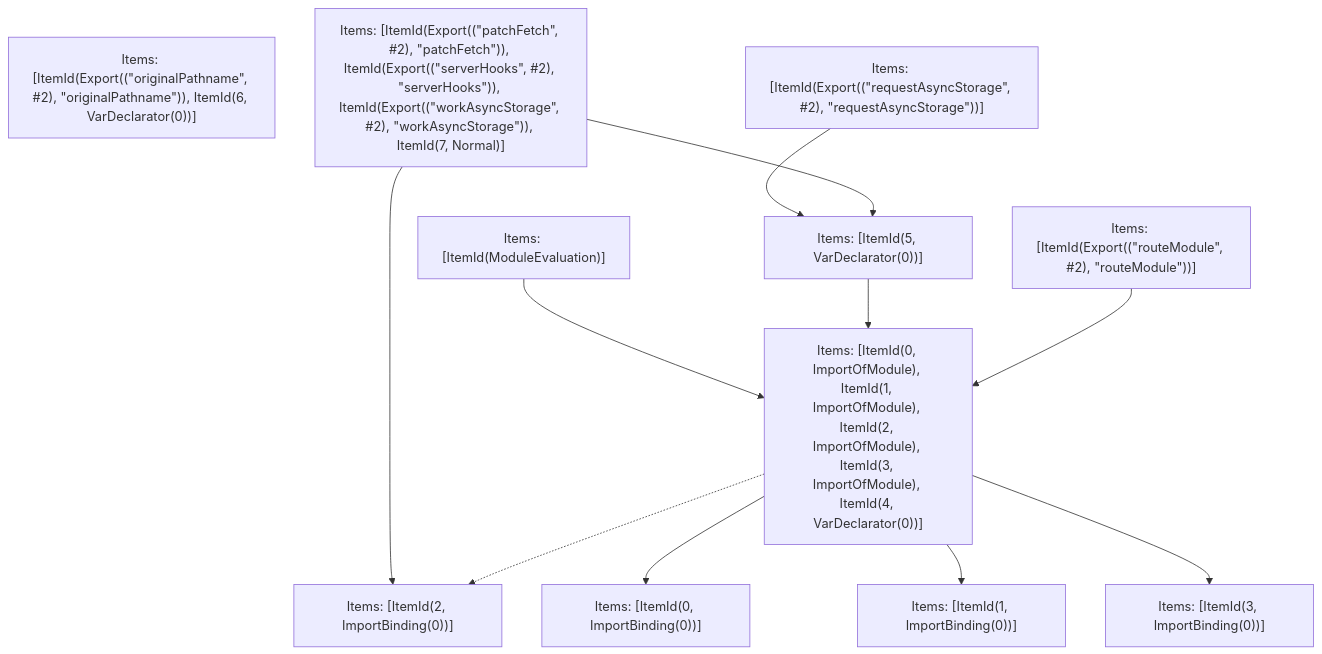
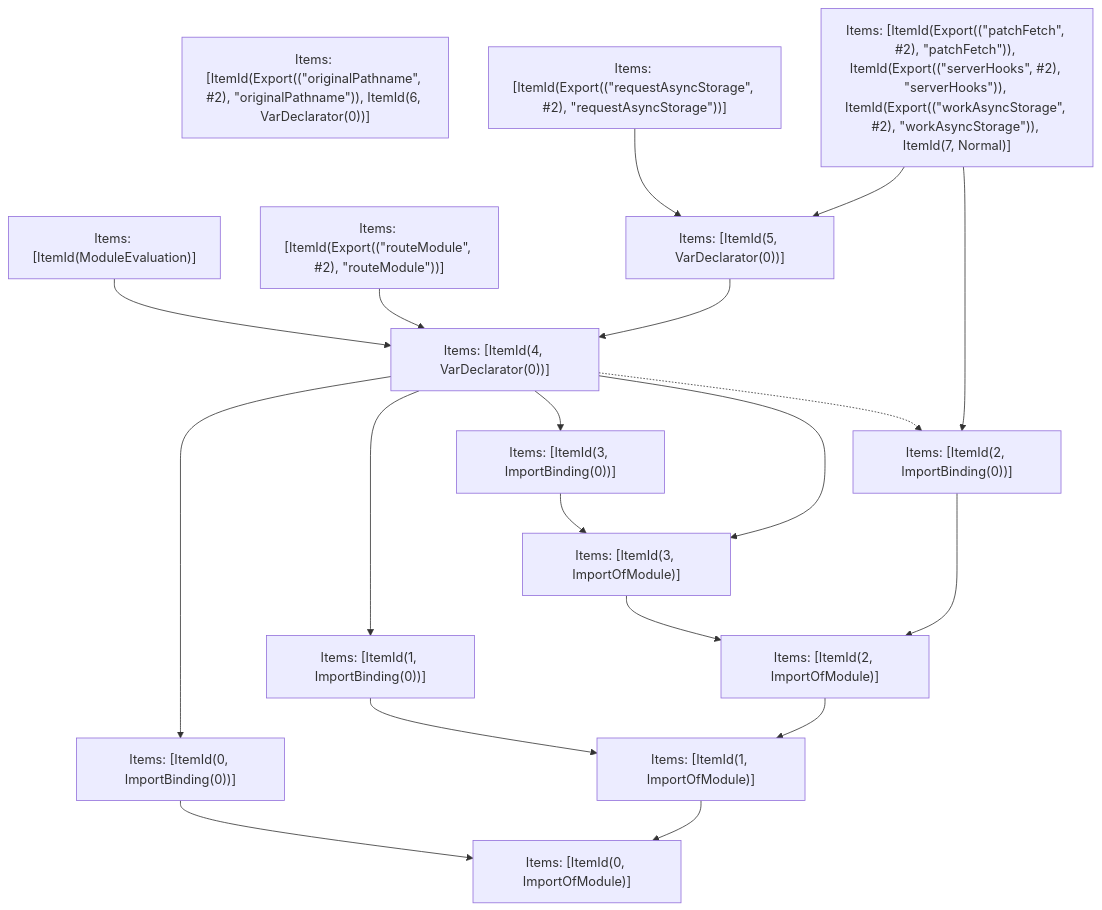
The fifth of 5 diagrams in turbopack/crates/turbopack-ecmascript/tests/tree-shaker/analyzer/app-route/output.md (Dreitt/nextt), drawn with Mermaid before and after one commit. The commit also changed other lines of this file and 19 other files, not shown here.

````diff
--- a/turbopack/crates/turbopack-ecmascript/tests/tree-shaker/analyzer/app-route/output.md
+++ b/turbopack/crates/turbopack-ecmascript/tests/tree-shaker/analyzer/app-route/output.md
@@ -325,24 +325,36 @@
 ```mermaid
 graph TD
     N0["Items: [ItemId(ModuleEvaluation)]"];
     N1["Items: [ItemId(Export((&quot;originalPathname&quot;, #2), &quot;originalPathname&quot;)), ItemId(6, VarDeclarator(0))]"];
     N2["Items: [ItemId(Export((&quot;patchFetch&quot;, #2), &quot;patchFetch&quot;)), ItemId(Export((&quot;serverHooks&quot;, #2), &quot;serverHooks&quot;)), ItemId(Export((&quot;workAsyncStorage&quot;, #2), &quot;workAsyncStorage&quot;)), ItemId(7, Normal)]"];
     N3["Items: [ItemId(Export((&quot;requestAsyncStorage&quot;, #2), &quot;requestAsyncStorage&quot;))]"];
     N4["Items: [ItemId(Export((&quot;routeModule&quot;, #2), &quot;routeModule&quot;))]"];
-    N5["Items: [ItemId(0, ImportOfModule), ItemId(1, ImportOfModule), ItemId(2, ImportOfModule), ItemId(3, ImportOfModule), ItemId(4, VarDeclarator(0))]"];
+    N5["Items: [ItemId(0, ImportOfModule)]"];
     N6["Items: [ItemId(0, ImportBinding(0))]"];
-    N7["Items: [ItemId(1, ImportBinding(0))]"];
-    N8["Items: [ItemId(2, ImportBinding(0))]"];
-    N9["Items: [ItemId(3, ImportBinding(0))]"];
-    N10["Items: [ItemId(5, VarDeclarator(0))]"];
-    N0 --> N5;
-    N3 --> N10;
-    N2 --> N8;
-    N5 --> N6;
-    N5 --> N7;
-    N5 --> N9;
+    N7["Items: [ItemId(1, ImportOfModule)]"];
+    N8["Items: [ItemId(1, ImportBinding(0))]"];
+    N9["Items: [ItemId(2, ImportOfModule)]"];
+    N10["Items: [ItemId(2, ImportBinding(0))]"];
+    N11["Items: [ItemId(3, ImportOfModule)]"];
+    N12["Items: [ItemId(3, ImportBinding(0))]"];
+    N13["Items: [ItemId(4, VarDeclarator(0))]"];
+    N14["Items: [ItemId(5, VarDeclarator(0))]"];
+    N7 --> N5;
+    N9 --> N7;
+    N11 --> N9;
+    N13 --> N6;
+    N13 --> N8;
+    N13 --> N12;
+    N13 --> N11;
+    N13 -.-> N10;
+    N14 --> N13;
+    N4 --> N13;
+    N3 --> N14;
+    N10 --> N9;
+    N6 --> N5;
+    N0 --> N13;
+    N12 --> N11;
+    N2 --> N14;
     N2 --> N10;
-    N5 -.-> N8;
-    N10 --> N5;
-    N4 --> N5;
+    N8 --> N7;
 ```
````
